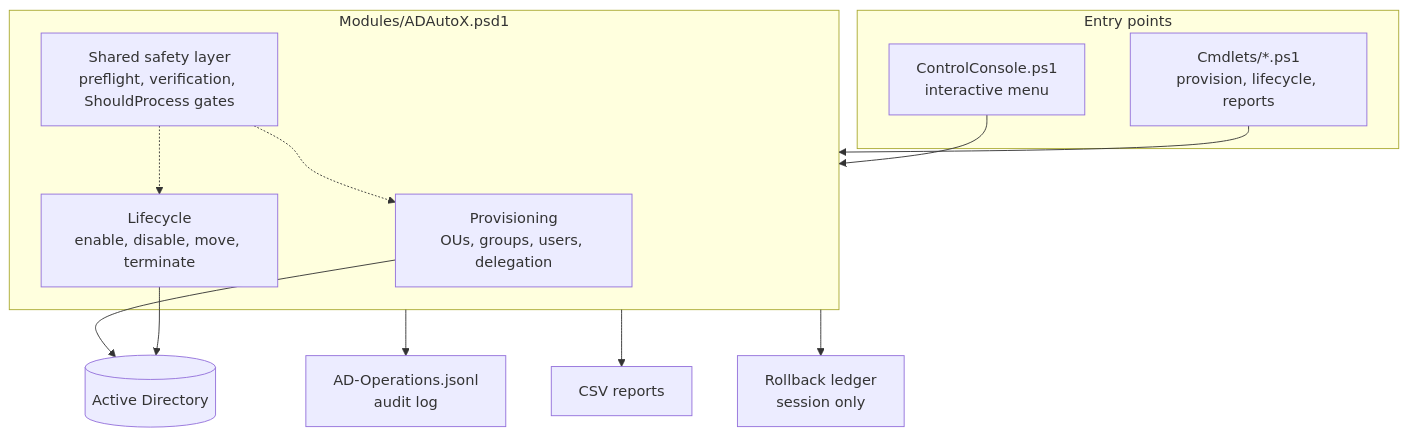
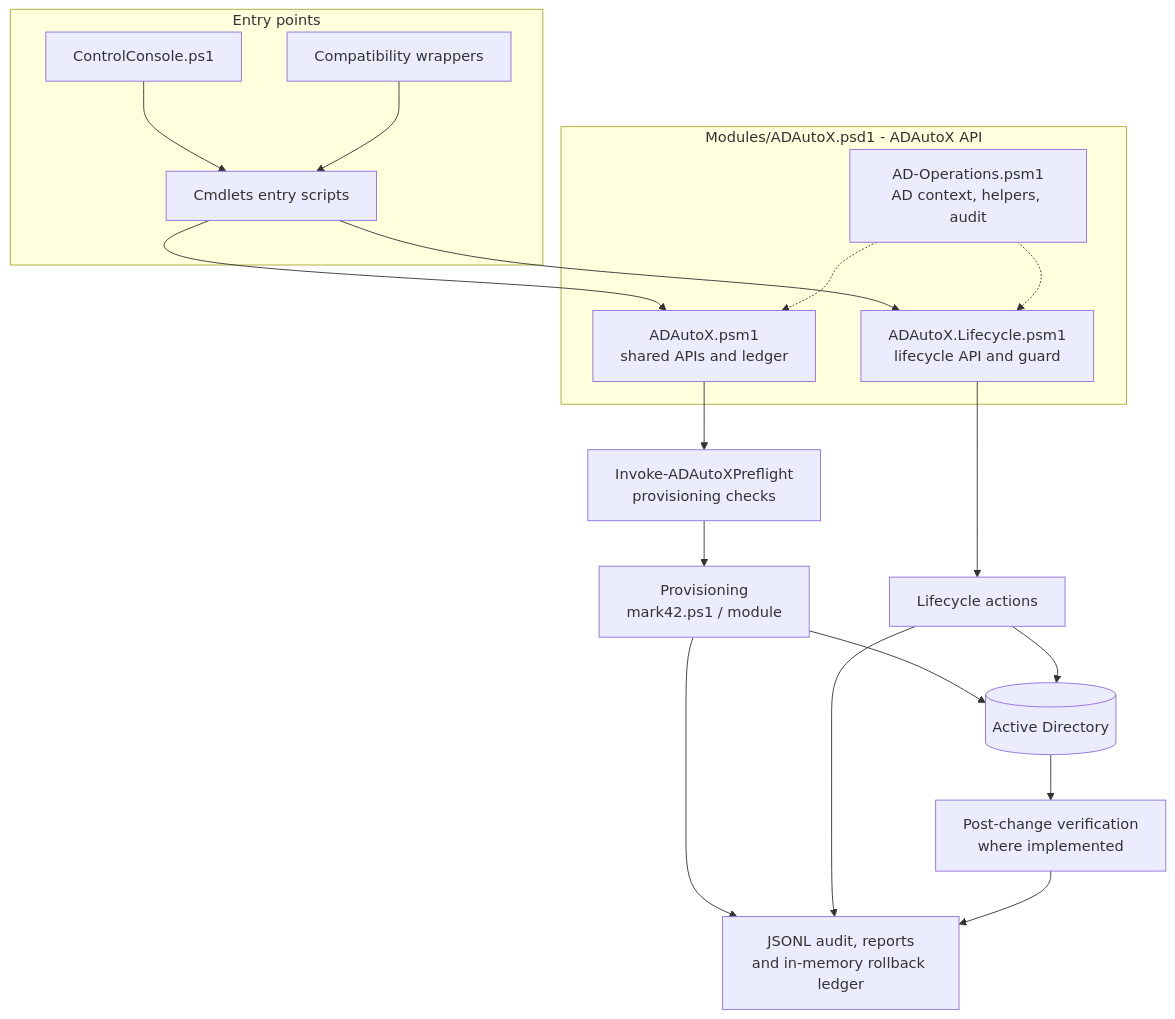
One commit to Bigsnack7/AD_PS-automation changed the first of 2 diagrams in README.md. Above: the diagram before and after it, drawn with Mermaid. The commit also changed other lines of this file and 11 other files, not shown here.

Commit message:
Merge hardening: unified preflight and ledger, protected-account guard, thin wrappers, README, integration test

````diff
--- a/README.md
+++ b/README.md
@@ -33,21 +31,35 @@
 ```mermaid
 flowchart TD
     subgraph Entry["Entry points"]
-        Console["ControlConsole.ps1<br/>interactive menu"]
-        Cmdlets["Cmdlets/*.ps1<br/>provision, lifecycle, reports"]
+        Console["ControlConsole.ps1"]
+        Scripts["Cmdlets entry scripts"]
+        Wrappers["Compatibility wrappers"]
     end
-    subgraph Module["Modules/ADAutoX.psd1"]
-        Prov["Provisioning<br/>OUs, groups, users, delegation"]
-        Life["Lifecycle<br/>enable, disable, move, terminate"]
-        Safe["Shared safety layer<br/>preflight, verification, ShouldProcess gates"]
+    subgraph API["Modules/ADAutoX.psd1 - ADAutoX API"]
+        Core["ADAutoX.psm1<br/>shared APIs and ledger"]
+        Lifecycle["ADAutoX.Lifecycle.psm1<br/>lifecycle API and guard"]
+        Operations["AD-Operations.psm1<br/>AD context, helpers, audit"]
     end
-    Console --> Module
-    Cmdlets --> Module
-    Prov --> AD[("Active Directory")]
-    Life --> AD
-    Safe -.-> Prov
-    Safe -.-> Life
-    Module --> Audit["AD-Operations.jsonl<br/>audit log"]
-    Module --> Report["CSV reports"]
-    Module --> Ledger["Rollback ledger<br/>session only"]
+    Preflight["Invoke-ADAutoXPreflight<br/>provisioning checks"]
+    Provision["Provisioning<br/>mark42.ps1 / module"]
+    LifecycleActions["Lifecycle actions"]
+    Verify["Post-change verification<br/>where implemented"]
+    Records["JSONL audit, reports<br/>and in-memory rollback ledger"]
+    AD[("Active Directory")]
+
+    Console --> Scripts
+    Wrappers --> Scripts
+    Scripts --> Core
+    Scripts --> Lifecycle
+    Core --> Preflight
+    Preflight --> Provision
+    Lifecycle --> LifecycleActions
+    Provision --> AD
+    LifecycleActions --> AD
+    AD --> Verify
+    Provision --> Records
+    LifecycleActions --> Records
+    Verify --> Records
+    Operations -.-> Core
+    Operations -.-> Lifecycle
 ```
````
